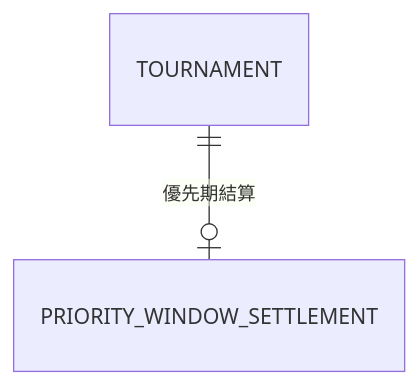
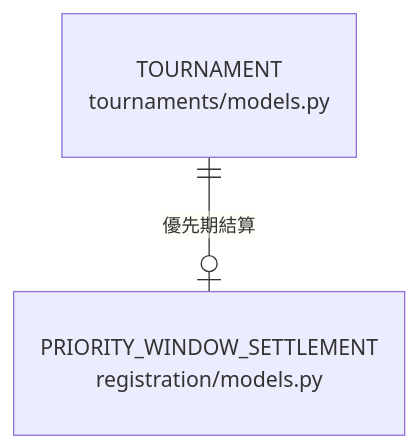
The seventh of 19 diagrams in docs/midterm/B-軟體需求分析文件.md (Team14good/esport-platform), drawn with Mermaid before and after one commit. The commit also changed other lines of this file and 27 other files, not shown here.

First line of the commit message:
docs: B、C、D 其餘的圖全部對照程式標註 (#92)

````diff
--- a/docs/midterm/B-軟體需求分析文件.md
+++ b/docs/midterm/B-軟體需求分析文件.md
@@ -738,4 +757,6 @@
 ```mermaid
 erDiagram
+  TOURNAMENT["TOURNAMENT<br/>tournaments/models.py"]
+  PRIORITY_WINDOW_SETTLEMENT["PRIORITY_WINDOW_SETTLEMENT<br/>registration/models.py"]
   TOURNAMENT ||--o| PRIORITY_WINDOW_SETTLEMENT : "優先期結算"
 ```
````
